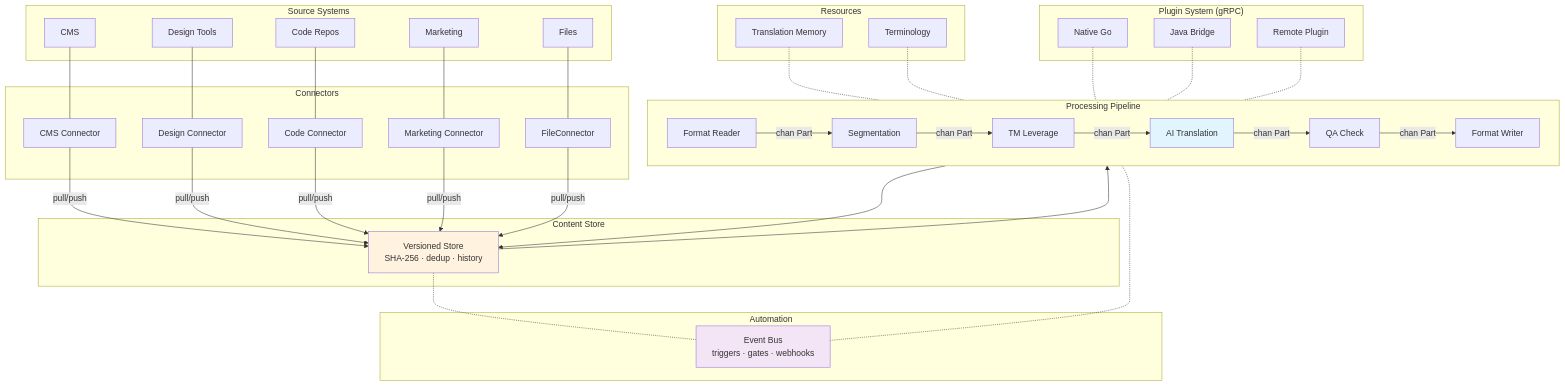
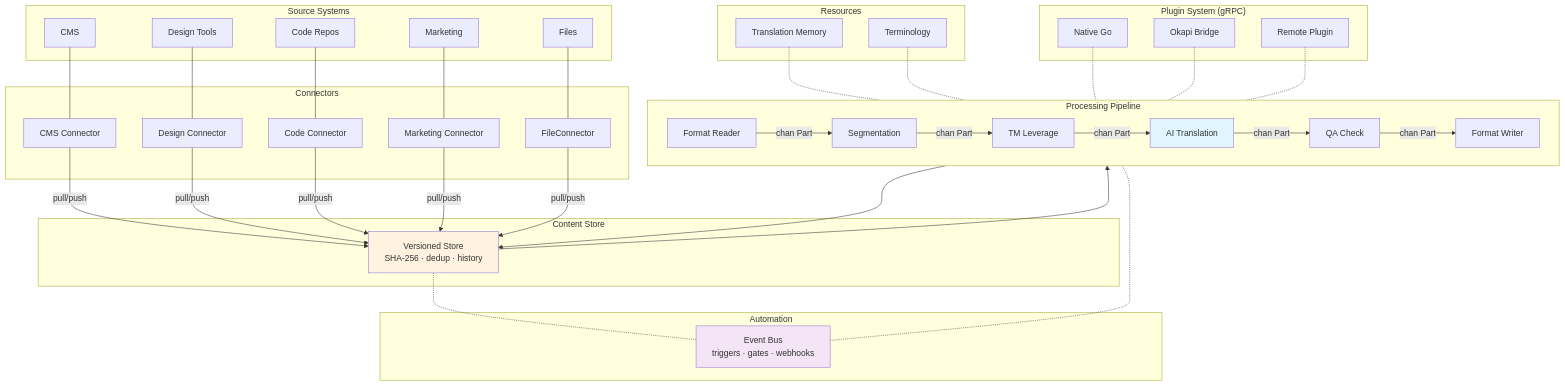
Before and after one commit to neokapi/neokapi: the first of 2 diagrams in website/docs/developer/architecture.md, drawn with Mermaid. The commit also changed other lines of this file and 11 other files, not shown here.

````diff
--- a/website/docs/developer/architecture.md
+++ b/website/docs/developer/architecture.md
@@ -16,81 +16,81 @@
 ```mermaid
 graph TB
     subgraph "Source Systems"
         CMS[CMS]
         Design[Design Tools]
         Code[Code Repos]
         Marketing[Marketing]
         Files[Files]
     end
 
     subgraph "Connectors"
         C1[CMS Connector]
         C2[Design Connector]
         C3[Code Connector]
         C4[Marketing Connector]
         C5[FileConnector]
     end
 
     CMS --- C1
     Design --- C2
     Code --- C3
     Marketing --- C4
     Files --- C5
 
     subgraph "Content Store"
         CS[Versioned Store<br/>SHA-256 · dedup · history]
     end
 
     C1 -->|pull/push| CS
     C2 -->|pull/push| CS
     C3 -->|pull/push| CS
     C4 -->|pull/push| CS
     C5 -->|pull/push| CS
 
     subgraph "Processing Pipeline"
         direction LR
         DFR[Format Reader]
         T1[Segmentation]
         T2[TM Leverage]
         T3[AI Translation]
         T4[QA Check]
         DFW[Format Writer]
         DFR -->|"chan Part"| T1
         T1 -->|"chan Part"| T2
         T2 -->|"chan Part"| T3
         T3 -->|"chan Part"| T4
         T4 -->|"chan Part"| DFW
     end
 
     CS --> DFR
     DFW --> CS
 
     subgraph "Resources"
         TM[Translation Memory]
         TB[Terminology]
     end
 
     TM -.- T2
     TB -.- T4
 
     subgraph "Automation"
         EVT[Event Bus<br/>triggers · gates · webhooks]
     end
 
     CS -.- EVT
     EVT -.- DFR
 
     subgraph "Plugin System (gRPC)"
         P1[Native Go]
-        P2[Java Bridge]
+        P2[Okapi Bridge]
         P3[Remote Plugin]
     end
 
     P1 -.- T1
     P2 -.- DFR
     P3 -.- T3
 
     style T3 fill:#e1f5fe
     style CS fill:#fff3e0
     style EVT fill:#f3e5f5
 ```
````
